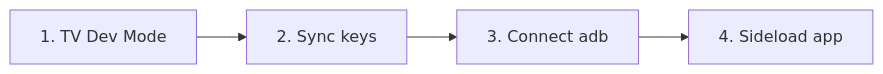
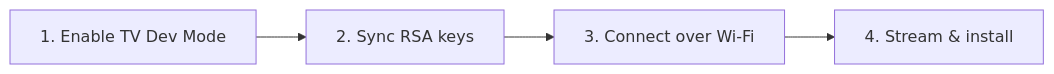
Before and after one commit to Suz41/Sideload-Tizen-by-Android: the diagram in README.md, drawn with Mermaid. The commit also changed other lines of this file, not shown here.

````diff
--- a/README.md
+++ b/README.md
@@ -9,6 +13,6 @@
 ```mermaid
 flowchart LR
-    DevMode[1. TV Dev Mode] --> TermuxKey[2. Sync keys]
-    TermuxKey --> Connect[3. Connect adb]
-    Connect --> Install[4. Sideload app]
+    A[1. Enable TV Dev Mode] --> B[2. Sync RSA keys]
+    B --> C[3. Connect over Wi-Fi]
+    C --> D[4. Stream & install]
 ```
````
